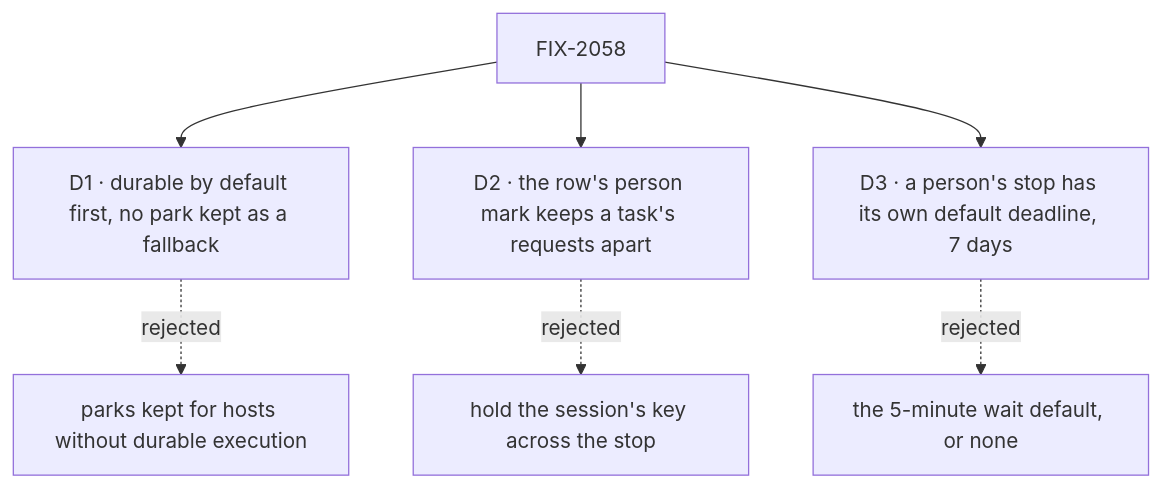
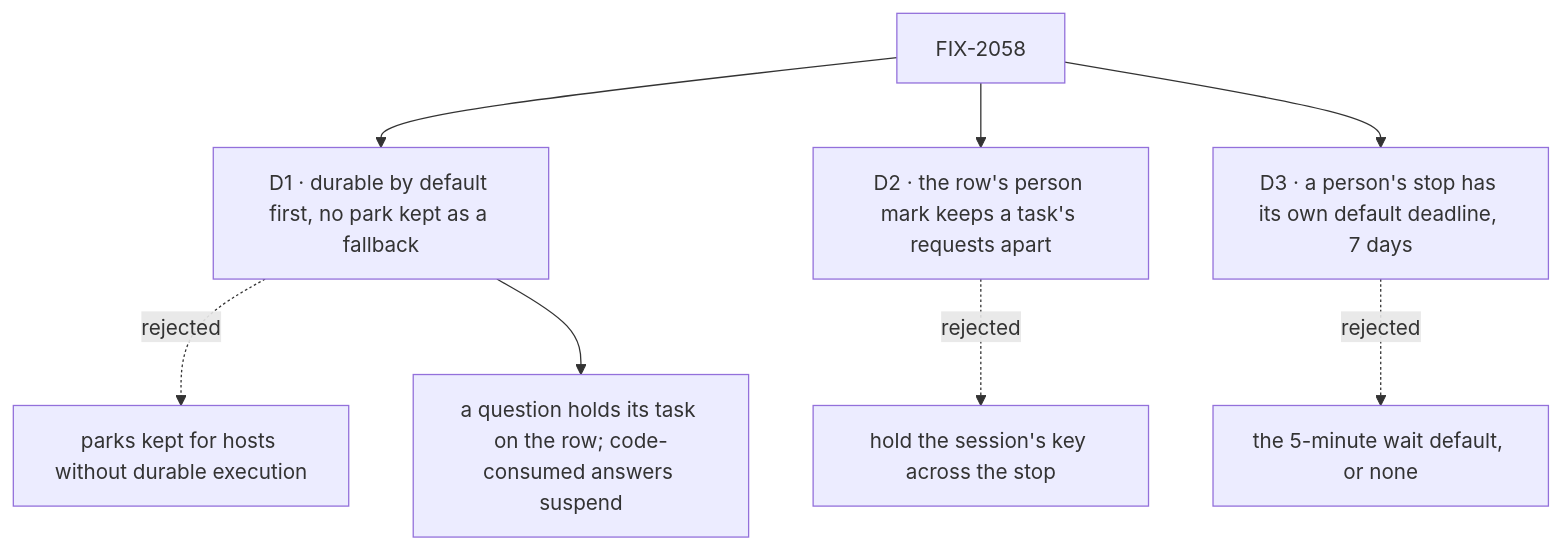
Before and after one commit to fixpoint-labs/flow-state-dev: the diagram in specs/epics/FIX-2058/DECISIONS.md, drawn with Mermaid. The commit also changed other lines of this file and 9 other files, not shown here.

First line of the commit message:
spec(epic): FIX-2058 amendment — a question holds its task; code-consumed answers suspend

````diff
--- a/specs/epics/FIX-2058/DECISIONS.md
+++ b/specs/epics/FIX-2058/DECISIONS.md
@@ -11,9 +11,10 @@
 ```mermaid
 flowchart TD
   E["FIX-2058"] --> D1["D1 · durable by default first, no park kept as a fallback"]
   D1 -.->|"rejected"| X1["parks kept for hosts without durable execution"]
+  D1 --> Q["a question holds its task on the row; code-consumed answers suspend"]
   E --> D2["D2 · the row's person mark keeps a task's requests apart"]
   D2 -.->|"rejected"| X2["hold the session's key across the stop"]
   E --> D3["D3 · a person's stop has its own default deadline, 7 days"]
   D3 -.->|"rejected"| X3["the 5-minute wait default, or none"]
 ```
````
